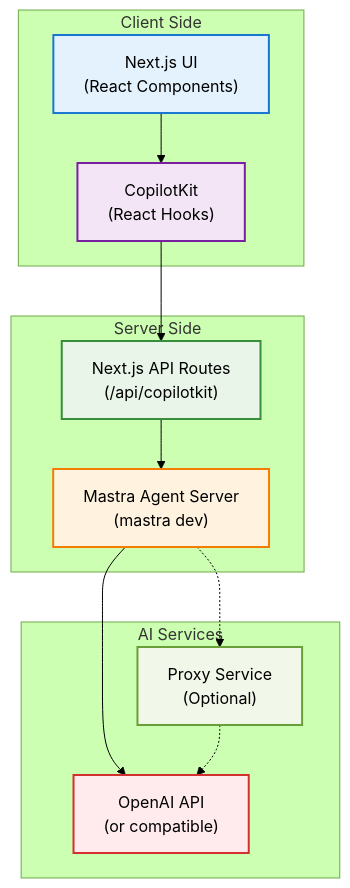
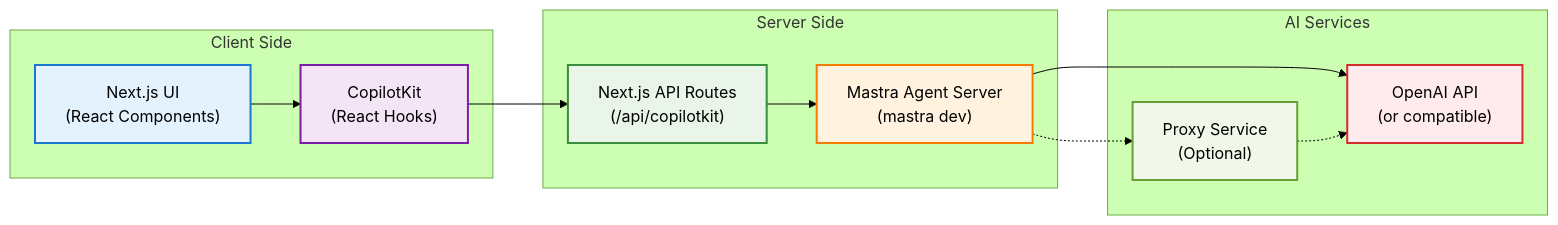
One commit to dealenx/copilot-mastra changed the diagram in README.md. Above: the diagram before and after it, drawn with Mermaid (forest theme).

Commit message:
docs: изменить направление графа в диаграмме архитектуры в README.md для улучшения восприятия

````diff
--- a/README.md
+++ b/README.md
@@ -22,31 +22,31 @@
 ```mermaid
-graph TB
+graph LR
     subgraph "Client Side"
         UI["Next.js UI<br/>(React Components)"]
         CK["CopilotKit<br/>(React Hooks)"]
     end
     
     subgraph "Server Side"
         API["Next.js API Routes<br/>(/api/copilotkit)"]
         MS["Mastra Agent Server<br/>(mastra dev)"]
     end
     
     subgraph "AI Services"
         OAI["OpenAI API<br/>(or compatible)"]
         PROXY["Proxy Service<br/>(Optional)"]
     end
     
     UI --> CK
     CK --> API
     API --> MS
     MS --> OAI
     MS -.-> PROXY
     PROXY -.-> OAI
     
     style UI fill:#e3f2fd,stroke:#1976d2,stroke-width:2px,color:#000
     style CK fill:#f3e5f5,stroke:#7b1fa2,stroke-width:2px,color:#000
     style API fill:#e8f5e8,stroke:#388e3c,stroke-width:2px,color:#000
     style MS fill:#fff3e0,stroke:#f57c00,stroke-width:2px,color:#000
     style OAI fill:#ffebee,stroke:#d32f2f,stroke-width:2px,color:#000
     style PROXY fill:#f1f8e9,stroke:#689f38,stroke-width:2px,color:#000
 ```
````
